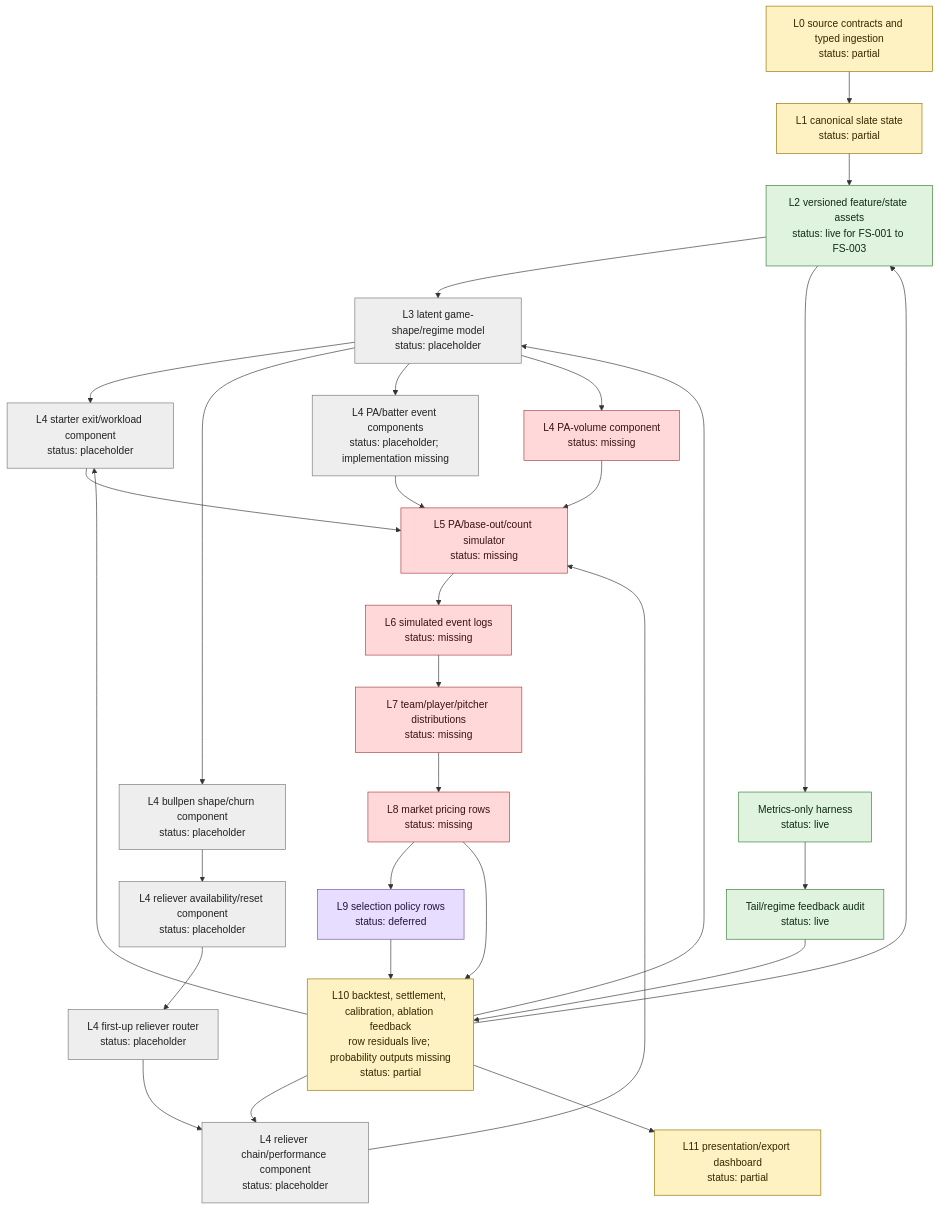
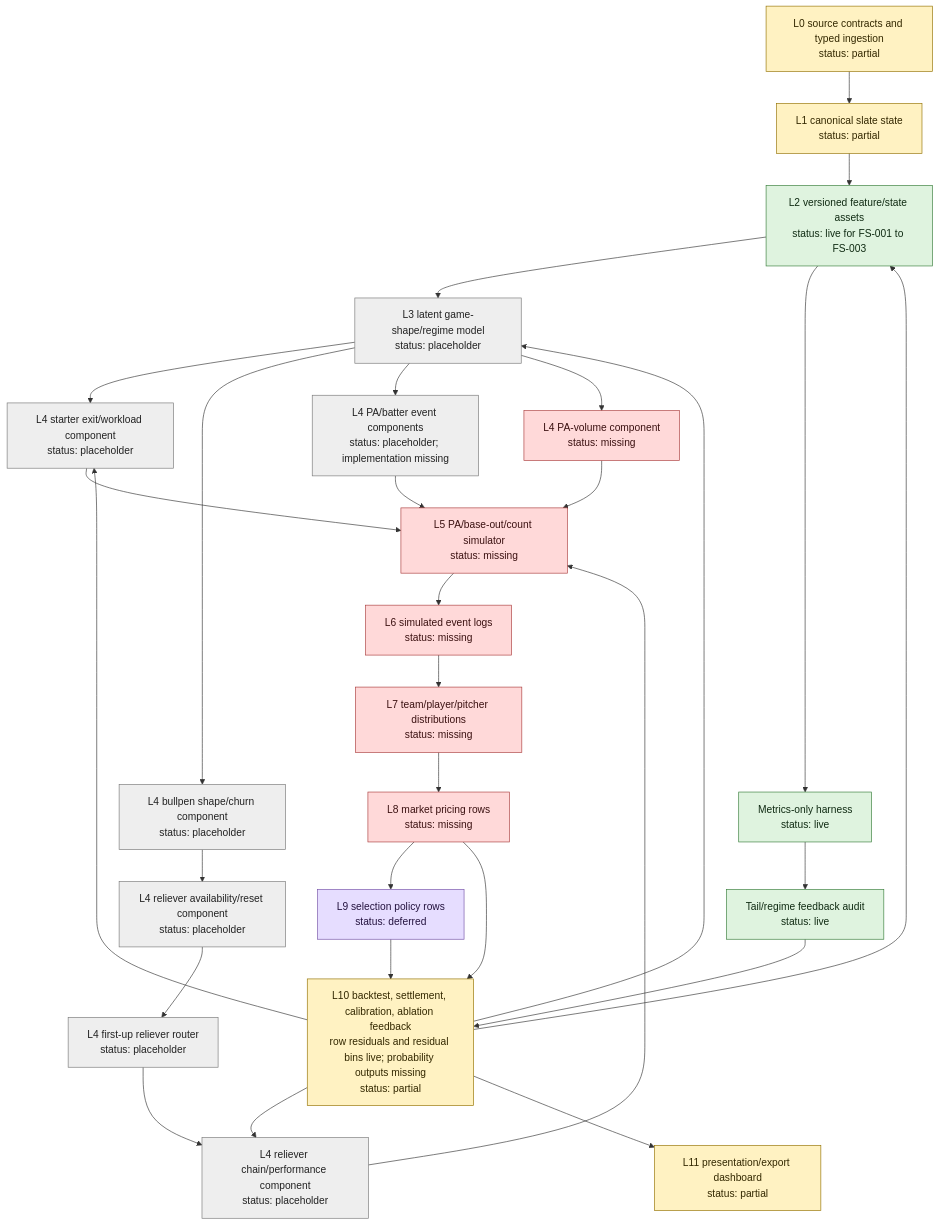
Before and after one commit to jiancchen/SlateAi: the second of 4 diagrams in run-plans/mlb/2026-06-03-mlb-m3-alpha-state-progress.md, drawn with Mermaid. The commit also changed other lines of this file and 9 other files, not shown here.

First line of the commit message:
Add FS-004 residual calibration bins

````diff
--- a/run-plans/mlb/2026-06-03-mlb-m3-alpha-state-progress.md
+++ b/run-plans/mlb/2026-06-03-mlb-m3-alpha-state-progress.md
@@ -93,45 +93,45 @@
 ```mermaid
 flowchart TD
   L0["L0 source contracts and typed ingestion<br/>status: partial"] --> L1["L1 canonical slate state<br/>status: partial"]
   L1 --> L2["L2 versioned feature/state assets<br/>status: live for FS-001 to FS-003"]
   L2 --> L3["L3 latent game-shape/regime model<br/>status: placeholder"]
   L3 --> L4A["L4 starter exit/workload component<br/>status: placeholder"]
   L3 --> L4B["L4 bullpen shape/churn component<br/>status: placeholder"]
   L4B --> L4C["L4 reliever availability/reset component<br/>status: placeholder"]
   L4C --> L4D["L4 first-up reliever router<br/>status: placeholder"]
   L4D --> L4E["L4 reliever chain/performance component<br/>status: placeholder"]
   L3 --> L4F["L4 PA/batter event components<br/>status: placeholder; implementation missing"]
   L3 --> L4G["L4 PA-volume component<br/>status: missing"]
 
   L4A --> L5["L5 PA/base-out/count simulator<br/>status: missing"]
   L4E --> L5
   L4F --> L5
   L4G --> L5
   L5 --> L6["L6 simulated event logs<br/>status: missing"]
   L6 --> L7["L7 team/player/pitcher distributions<br/>status: missing"]
   L7 --> L8["L8 market pricing rows<br/>status: missing"]
   L8 --> L9["L9 selection policy rows<br/>status: deferred"]
-  L8 --> L10["L10 backtest, settlement, calibration, ablation feedback<br/>row residuals live; probability outputs missing<br/>status: partial"]
+  L8 --> L10["L10 backtest, settlement, calibration, ablation feedback<br/>row residuals and residual bins live; probability outputs missing<br/>status: partial"]
   L9 --> L10
   L10 --> L2
   L10 --> L3
   L10 --> L4A
   L10 --> L4E
   L10 --> L11["L11 presentation/export dashboard<br/>status: partial"]
 
   L2 --> H["Metrics-only harness<br/>status: live"]
   H --> TC["Tail/regime feedback audit<br/>status: live"]
   TC --> L10
 
   classDef live fill:#dff3df,stroke:#367c39,color:#102b13;
   classDef partial fill:#fff2c2,stroke:#927000,color:#332800;
   classDef placeholder fill:#eeeeee,stroke:#777777,color:#222222;
   classDef missing fill:#ffd9d9,stroke:#aa3b3b,color:#3b1111;
   classDef deferred fill:#e6ddff,stroke:#7451a6,color:#24133f;
 
   class L2,H,TC live;
   class L0,L1,L10,L11 partial;
   class L3,L4A,L4B,L4C,L4D,L4E,L4F placeholder;
   class L4G,L5,L6,L7,L8 missing;
   class L9 deferred;
 ```
````
